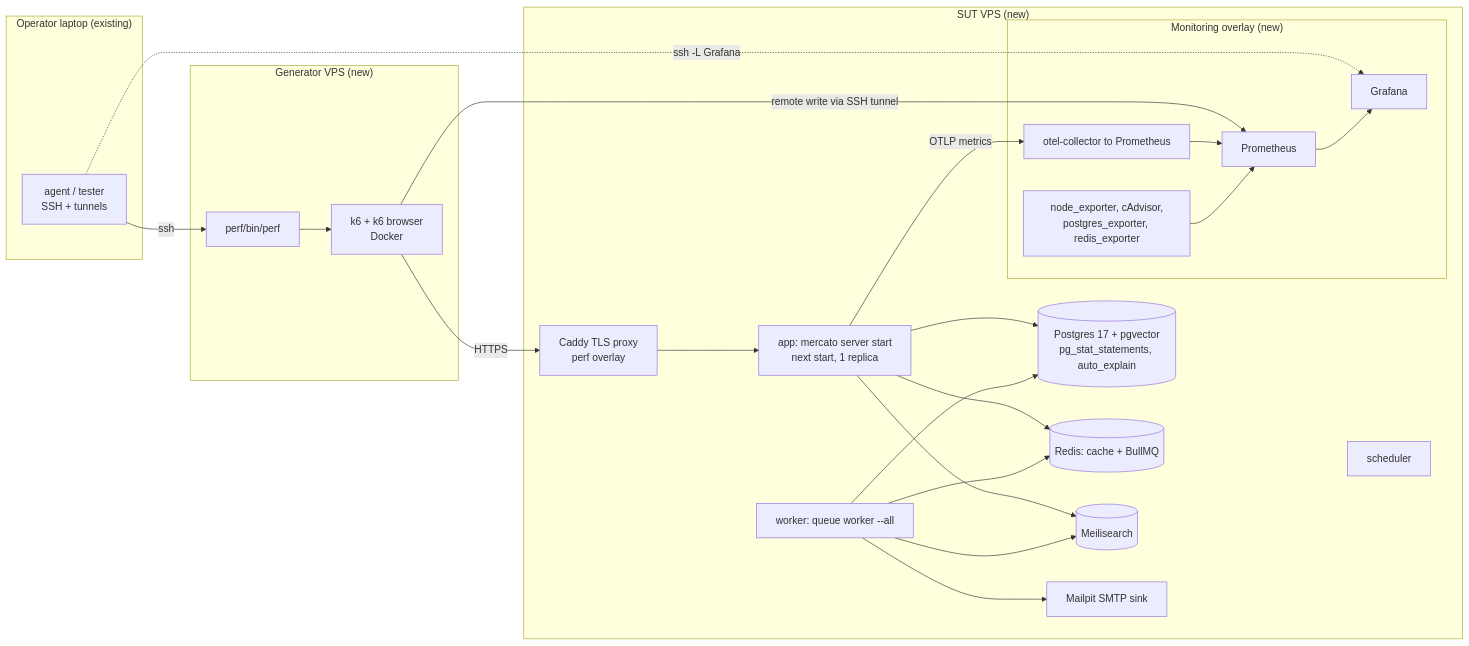
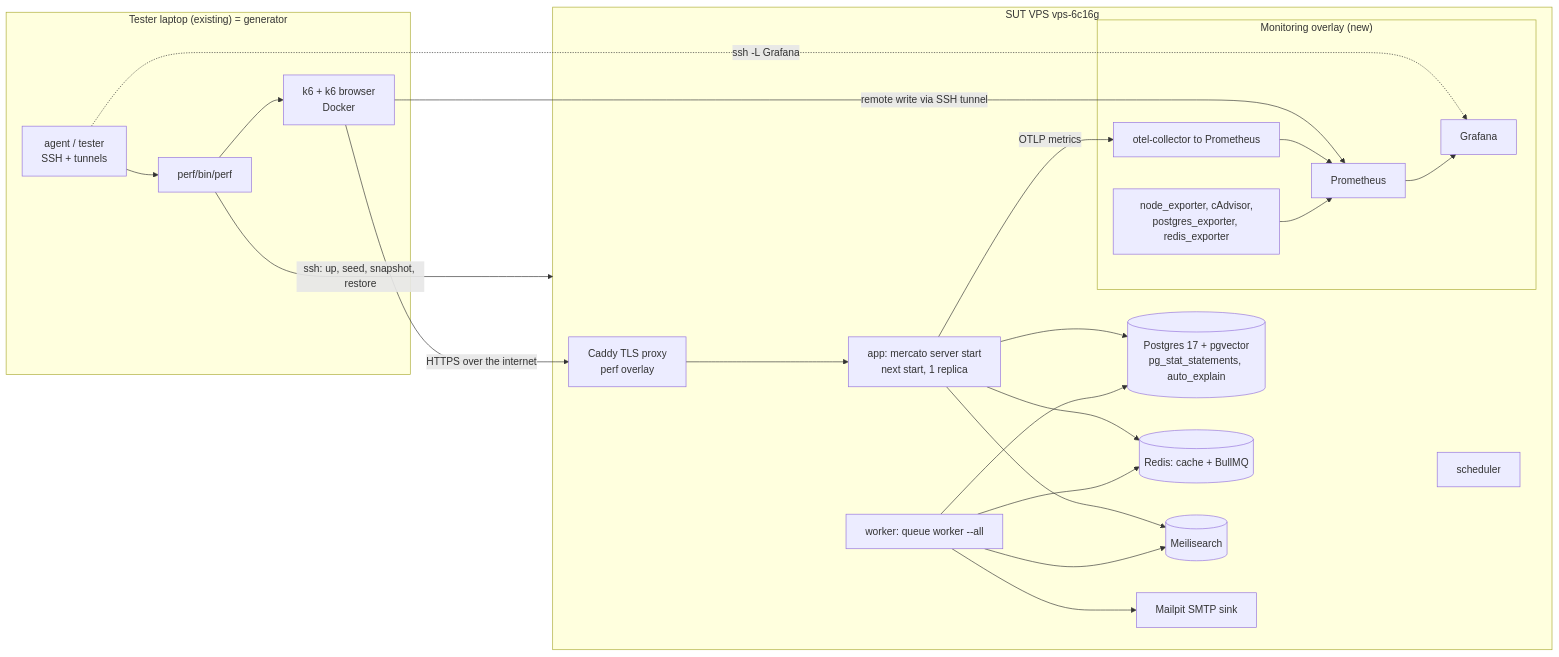
Before and after one commit to open-mercato/open-mercato: the diagram in .ai/specs/2026-11-26-crm-performance-test-plan.md, drawn with Mermaid. The commit also changed other lines of this file and 18 other files, not shown here.

First line of the commit message:
feat(perf): laptop -> VPS generator mode, tester quickstart, clear "not yet tested on VPS" status [skip ci]

````diff
--- a/.ai/specs/2026-11-26-crm-performance-test-plan.md
+++ b/.ai/specs/2026-11-26-crm-performance-test-plan.md
@@ -134,35 +134,34 @@
 ```mermaid
 flowchart LR
-  subgraph Laptop["Operator laptop (existing)"]
+  subgraph Laptop["Tester laptop (existing) = generator"]
     OP[agent / tester<br/>SSH + tunnels]
-  end
-  subgraph GEN["Generator VPS (new)"]
     K6[k6 + k6 browser<br/>Docker]
     CTL[perf/bin/perf]
   end
-  subgraph SUT["SUT VPS (new)"]
+  subgraph SUT["SUT VPS vps-6c16g"]
     TR[Caddy TLS proxy<br/>perf overlay]
     APP[app: mercato server start<br/>next start, 1 replica]
     WRK[worker: queue worker --all]
     SCH[scheduler]
     PG[(Postgres 17 + pgvector<br/>pg_stat_statements, auto_explain)]
     RD[(Redis: cache + BullMQ)]
     MS[(Meilisearch)]
     MP[Mailpit SMTP sink]
     subgraph MON["Monitoring overlay (new)"]
       PROM[Prometheus]
       GRAF[Grafana]
       EXP[node_exporter, cAdvisor,<br/>postgres_exporter, redis_exporter]
       OTEL[otel-collector to Prometheus]
     end
   end
-  OP -- ssh --> CTL
+  OP --> CTL
+  CTL -- ssh: up, seed, snapshot, restore --> SUT
   OP -. ssh -L Grafana .-> GRAF
   CTL --> K6
-  K6 -- HTTPS --> TR --> APP
+  K6 -- HTTPS over the internet --> TR --> APP
   K6 -- remote write via SSH tunnel --> PROM
   APP --> PG & RD & MS
   WRK --> PG & RD & MS & MP
   APP -- OTLP metrics --> OTEL --> PROM
   EXP --> PROM --> GRAF
 ```
````
